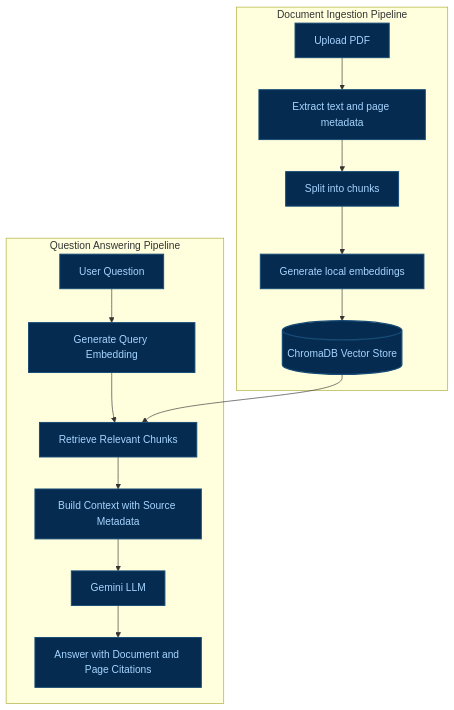
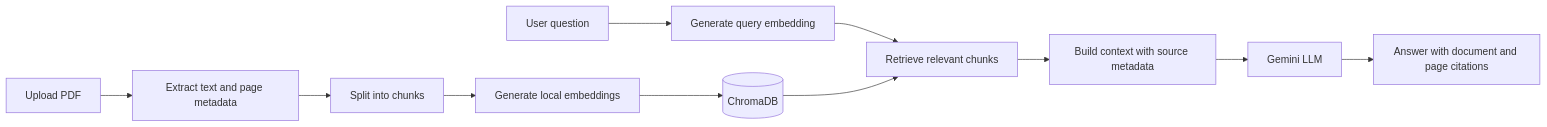
One commit to GopichandGuguloth555/ACADAMIC_RAG changed the diagram in README.md. Above: the diagram before and after it, drawn with Mermaid. The commit also changed other lines of this file, not shown here.

````diff
--- a/README.md
+++ b/README.md
@@ -37,24 +43,14 @@
 ```mermaid
-flowchart TD
-    subgraph INGESTION["Document Ingestion Pipeline"]
-        A["Upload PDF"] --> B["Extract text and page metadata"]
-        B --> C["Split into chunks"]
-        C --> D["Generate local embeddings"]
-        D --> E[("ChromaDB Vector Store")]
-    end
+flowchart LR
+    A[Upload PDF] --> B[Extract text and page metadata]
+    B --> C[Split into chunks]
+    C --> D[Generate local embeddings]
+    D --> E[(ChromaDB)]
 
-    subgraph QUERY["Question Answering Pipeline"]
-        F["User Question"] --> G["Generate Query Embedding"]
-        G --> H["Retrieve Relevant Chunks"]
-        E --> H
-        H --> I["Build Context with Source Metadata"]
-        I --> J["Gemini LLM"]
-        J --> K["Answer with Document and Page Citations"]
-    end
-
-    classDef process fill:#062B50,stroke:#174B76,color:#A7D5FF,stroke-width:1.5px
-    classDef storage fill:#062B50,stroke:#174B76,color:#A7D5FF,stroke-width:2px
-
-    class A,B,C,D,F,G,H,I,J,K process
-    class E storage
+    Q[User question] --> QE[Generate query embedding]
+    QE --> R[Retrieve relevant chunks]
+    E --> R
+    R --> CB[Build context with source metadata]
+    CB --> G[Gemini LLM]
+    G --> ANS[Answer with document and page citations]
 ```
````
